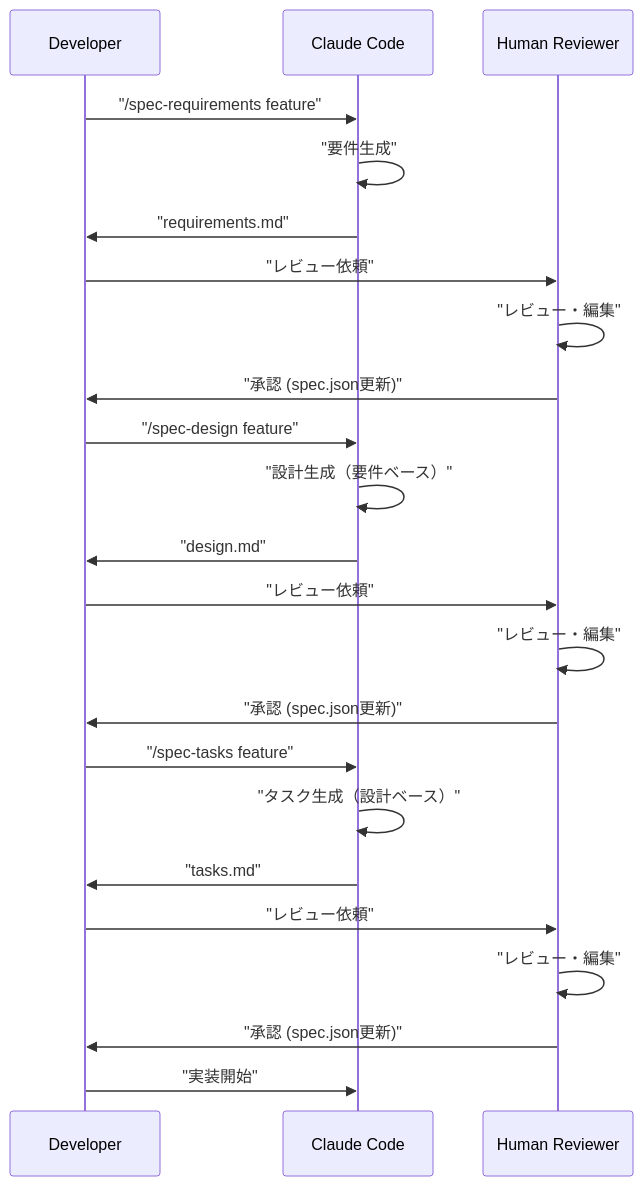
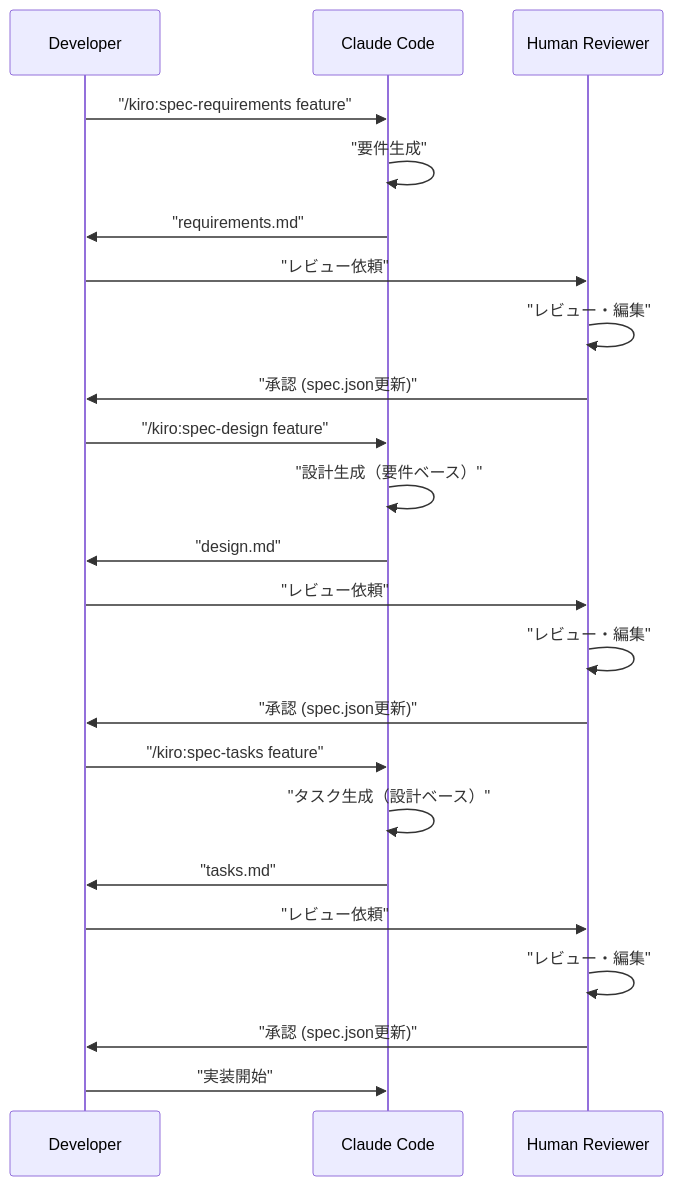
Before and after one commit to yi-john-huang/amazonq-spec: the second of 2 diagrams in README.md, drawn with Mermaid. The commit also changed other lines of this file and 15 other files, not shown here.

````diff
--- a/README.md
+++ b/README.md
@@ -216,29 +216,29 @@
 ```mermaid
 sequenceDiagram
     participant D as Developer
     participant C as Claude Code
     participant H as Human Reviewer
     
-    D->>C: "/spec-requirements feature"
+    D->>C: "/kiro:spec-requirements feature"
     C->>C: "要件生成"
     C->>D: "requirements.md"
     D->>H: "レビュー依頼"
     H->>H: "レビュー・編集"
     H->>D: "承認 (spec.json更新)"
     
-    D->>C: "/spec-design feature"
+    D->>C: "/kiro:spec-design feature"
     C->>C: "設計生成（要件ベース）"
     C->>D: "design.md"
     D->>H: "レビュー依頼"
     H->>H: "レビュー・編集"
     H->>D: "承認 (spec.json更新)"
     
-    D->>C: "/spec-tasks feature"
+    D->>C: "/kiro:spec-tasks feature"
     C->>C: "タスク生成（設計ベース）"
     C->>D: "tasks.md"
     D->>H: "レビュー依頼"
     H->>H: "レビュー・編集"
     H->>D: "承認 (spec.json更新)"
     
     D->>C: "実装開始"
 ```
````
